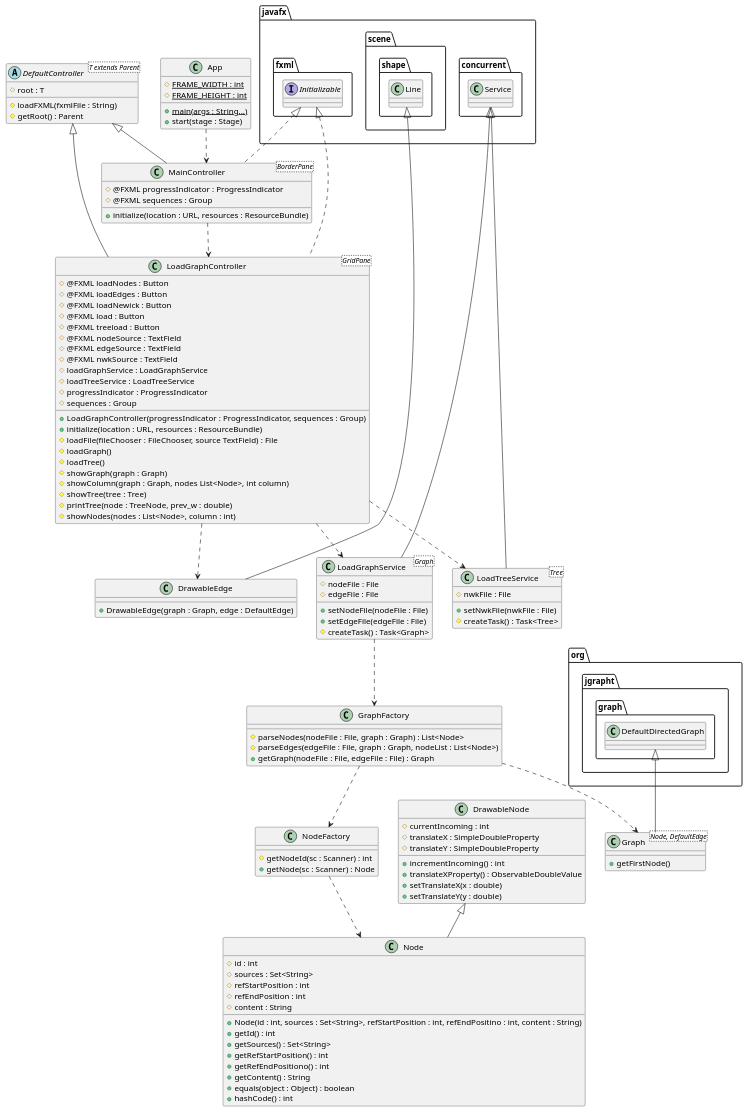
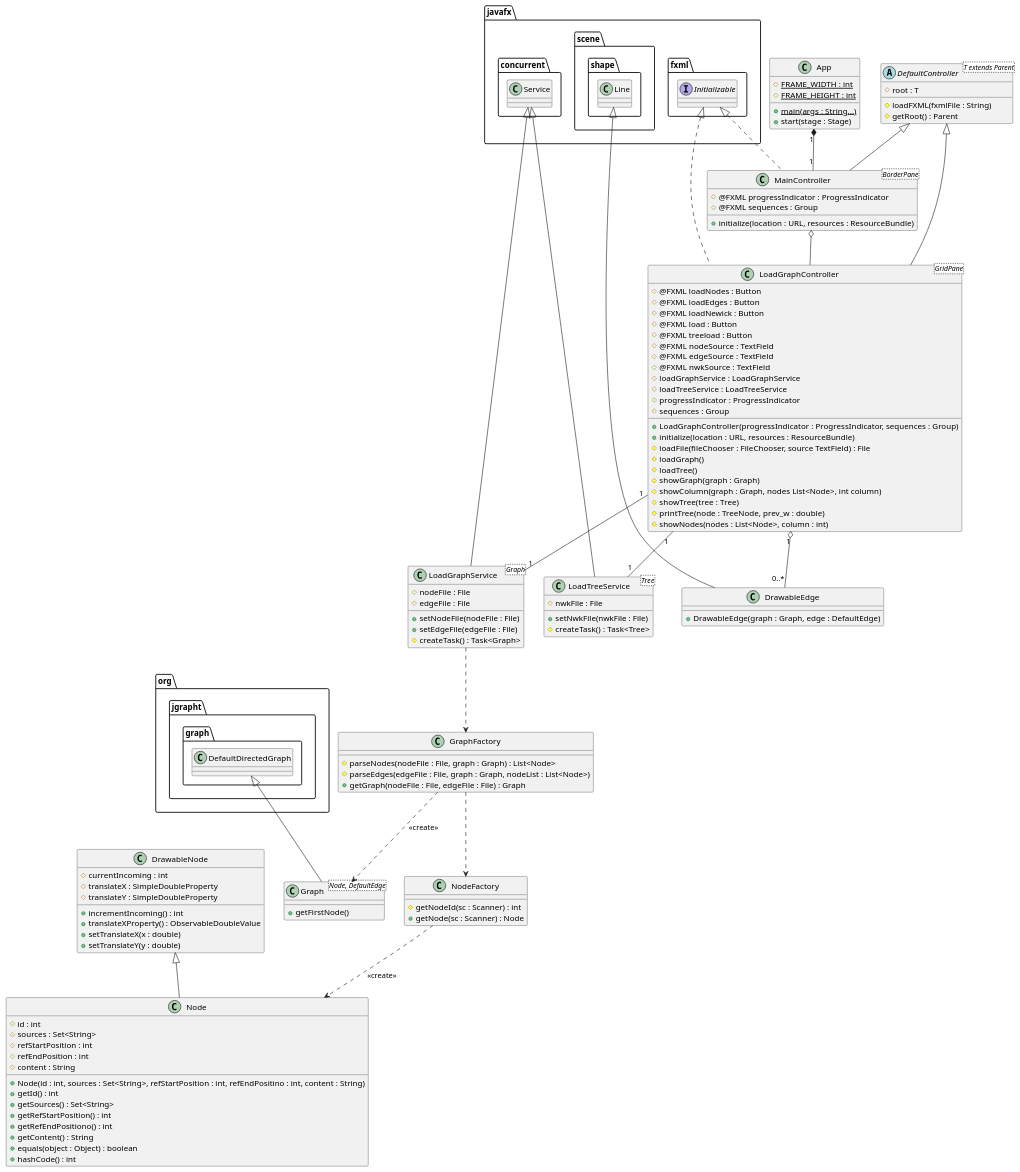
The diagram in diagrams/ProgrammingLife.puml (ProgrammingLife2015/geex), drawn with PlantUML before and after one commit.

Commit message:
Specify relations in diagram

```diff
--- a/diagrams/ProgrammingLife.puml
+++ b/diagrams/ProgrammingLife.puml
@@ -1,120 +1,120 @@
 @startuml
 class App {
     {static} # FRAME_WIDTH : int
     {static} # FRAME_HEIGHT : int
 
     {static} +main(args : String...)
     +start(stage : Stage)
 }
 
 class DrawableEdge extends javafx.scene.shape.Line {
     +DrawableEdge(graph : Graph, edge : DefaultEdge)
 }
 class DrawableNode {
     # currentIncoming : int
     # translateX : SimpleDoubleProperty
     # translateY : SimpleDoubleProperty
     +incrementIncoming() : int
     +translateXProperty() : ObservableDoubleValue
     +setTranslateX(x : double)
     +setTranslateY(y : double)
 }
 
 abstract class DefaultController<T extends Parent> {
     # root : T
     #loadFXML(fxmlFile : String)
     #getRoot() : Parent
 }
 
 class MainController<BorderPane> extends DefaultController implements javafx.fxml.Initializable {
     # @FXML progressIndicator : ProgressIndicator
     # @FXML sequences : Group
     +initialize(location : URL, resources : ResourceBundle)
 }
 
 class LoadGraphController<GridPane> Extends DefaultController implements javafx.fxml.Initializable {
     # @FXML loadNodes : Button
     # @FXML loadEdges : Button
     # @FXML loadNewick : Button
     # @FXML load : Button
     # @FXML treeload : Button
     # @FXML nodeSource : TextField
     # @FXML edgeSource : TextField
     # @FXML nwkSource : TextField
     # loadGraphService : LoadGraphService
     # loadTreeService : LoadTreeService
     # progressIndicator : ProgressIndicator
     # sequences : Group
 
     +LoadGraphController(progressIndicator : ProgressIndicator, sequences : Group)
     +initialize(location : URL, resources : ResourceBundle)
     #loadFile(fileChooser : FileChooser, source TextField) : File
     #loadGraph()
     #loadTree()
     #showGraph(graph : Graph)
     #showColumn(graph : Graph, nodes List<Node>, int column)
     #showTree(tree : Tree)
     #printTree(node : TreeNode, prev_w : double)
     #showNodes(nodes : List<Node>, column : int)
 }
 
 
 class Node extends DrawableNode {
     # id : int
     # sources : Set<String>
     # refStartPosition : int
     # refEndPosition : int
     # content : String
 
     +Node(id : int, sources : Set<String>, refStartPosition : int, refEndPositino : int, content : String)
     +getId() : int
     +getSources() : Set<String>
     +getRefStartPosition() : int
     +getRefEndPositiono() : int
     +getContent() : String
     +equals(object : Object) : boolean
     +hashCode() : int
 }
 class NodeFactory {
     #getNodeId(sc : Scanner) : int
     +getNode(sc : Scanner) : Node
 }
 
 class Graph<Node, DefaultEdge> extends org.jgrapht.graph.DefaultDirectedGraph {
     +getFirstNode()
 }
 class GraphFactory {
     #parseNodes(nodeFile : File, graph : Graph) : List<Node>
     #parseEdges(edgeFile : File, graph : Graph, nodeList : List<Node>)
     +getGraph(nodeFile : File, edgeFile : File) : Graph
 }
 
 class LoadGraphService<Graph> extends javafx.concurrent.Service {
     # nodeFile : File
     # edgeFile : File
 
     +setNodeFile(nodeFile : File)
     +setEdgeFile(edgeFile : File)
     #createTask() : Task<Graph>
 }
 class LoadTreeService<Tree> extends javafx.concurrent.Service {
     # nwkFile : File
 
     +setNwkFile(nwkFile : File)
     #createTask() : Task<Tree>
 }
 
-GraphFactory ..> Graph
+GraphFactory ..> Graph : << create >>
 GraphFactory ..> NodeFactory
 
-NodeFactory ..> Node
+NodeFactory ..> Node : << create >>
 
-App ..> MainController
-MainController ..> LoadGraphController
+App "1" *-- "1" MainController
+MainController o-- LoadGraphController
 
-LoadGraphController ..> DrawableEdge
-LoadGraphController ..> LoadGraphService
-LoadGraphController ..> LoadTreeService
+LoadGraphController "1" o-- "0..*" DrawableEdge
+LoadGraphController "1" -- "1" LoadGraphService
+LoadGraphController "1" -- "1" LoadTreeService
 
 LoadGraphService ..> GraphFactory
 @enduml
```
